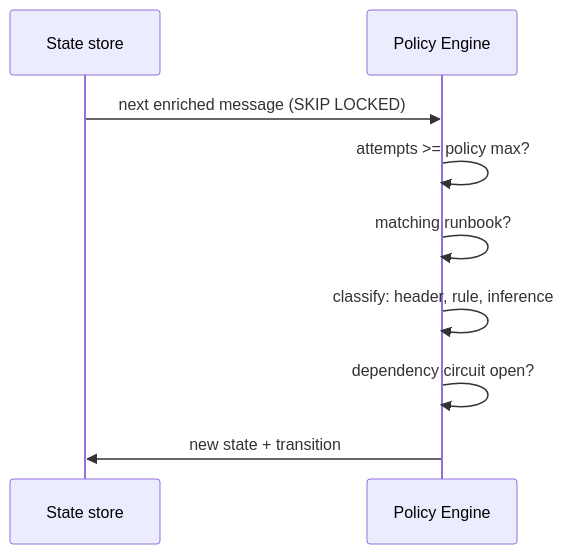
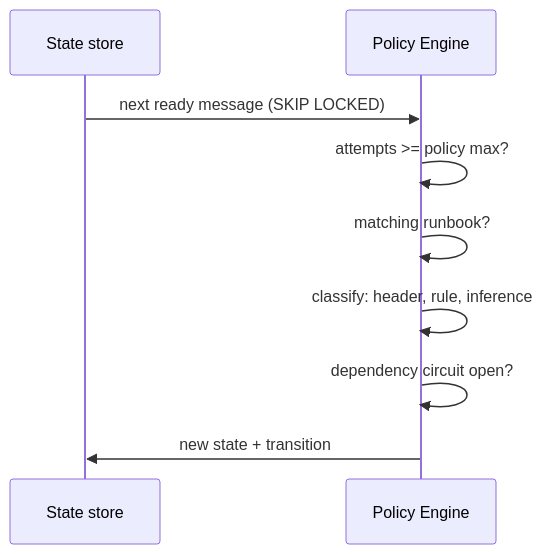
The third of 11 diagrams in docs/flows.md (opendlq/OpenDLQ), drawn with Mermaid before and after one commit. The commit also changed other lines of this file and 6 other files, not shown here.

First line of the commit message:
docs: rename the enriched state to ready

````diff
--- a/docs/flows.md
+++ b/docs/flows.md
@@ -67,11 +67,11 @@
 ```mermaid
 sequenceDiagram
     participant S as State store
     participant P as Policy Engine
-    S->>P: next enriched message (SKIP LOCKED)
+    S->>P: next ready message (SKIP LOCKED)
     P->>P: attempts >= policy max?
     P->>P: matching runbook?
     P->>P: classify: header, rule, inference
     P->>P: dependency circuit open?
     P->>S: new state + transition
 ```
````
